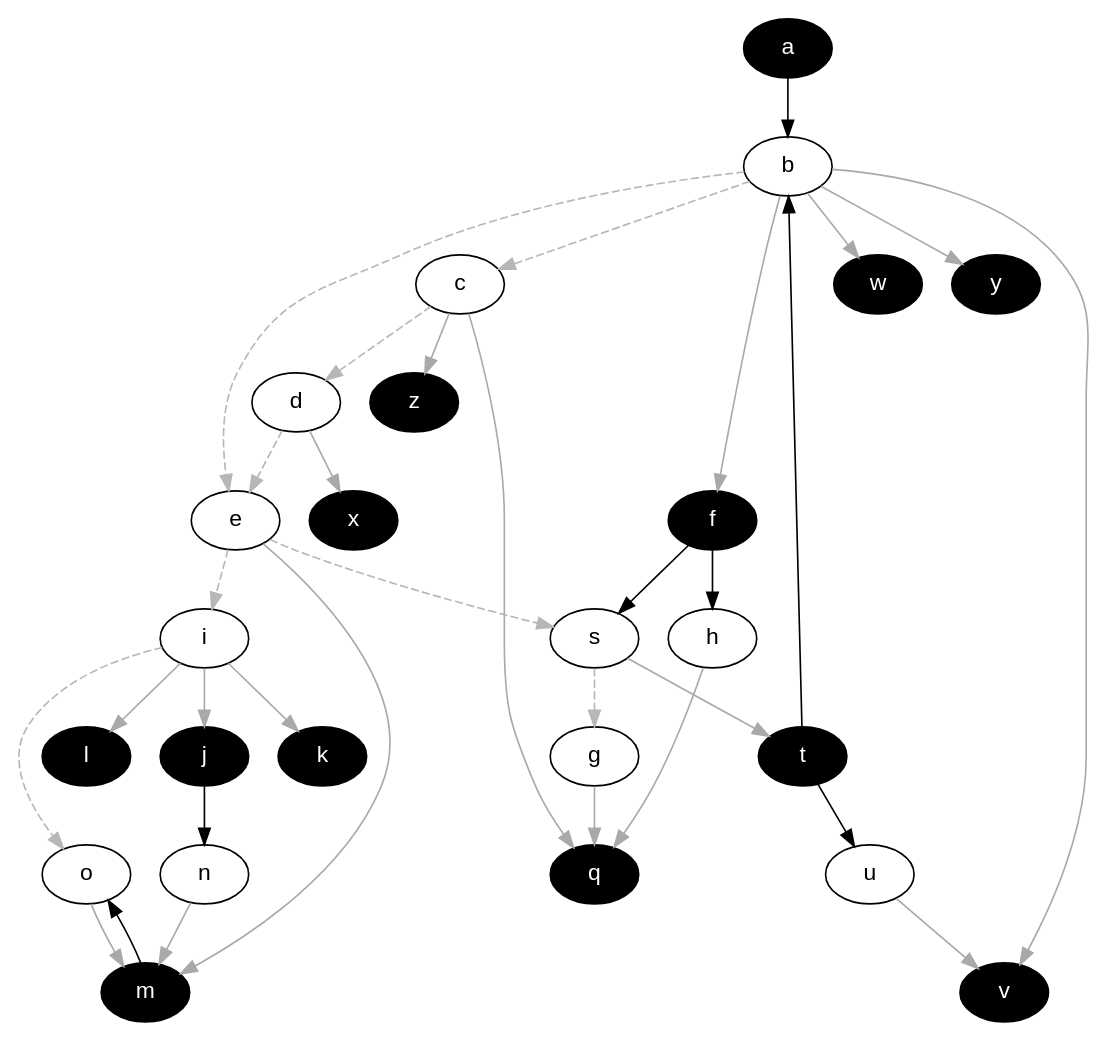
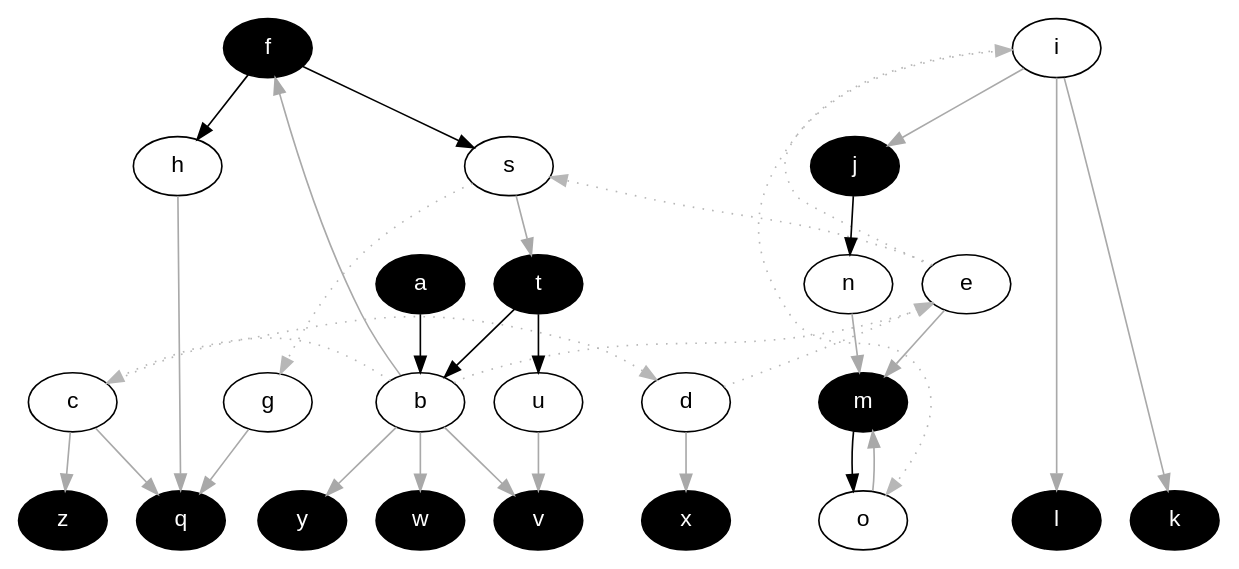
Before and after one commit to idaks/Games-and-Argumentation: the diagram in IDCC-2024/graphs/kernel_pw1_graph_colored.dot, drawn with Graphviz. The commit also changed 18 other files, not shown here.

```diff
--- a/IDCC-2024/graphs/kernel_pw1_graph_colored.dot
+++ b/IDCC-2024/graphs/kernel_pw1_graph_colored.dot
@@ -1,40 +1,44 @@
 digraph G {
+  rankdir="TB"
   node [shape=oval style=filled fontname=Helvetica fontsize=14]
-  node [fillcolor="#ffffff" fontcolor="#000000"] b c d e s g h i o n u;
-  node [fillcolor="#000000" fontcolor="#ffffff"] a t f j k l m q v w x y z;
-  edge [dir=forward, color="#000000", style="solid"]
-        "a" -> "b";
-        "t" -> "b";
-        "f" -> "h";
-        "j" -> "n";
-        "m" -> "o";
-        "f" -> "s";
-        "t" -> "u";
-  edge [dir=forward, color="#b7b7b7", style="dashed"]
-        "b" -> "c";
-        "c" -> "d";
-        "b" -> "e";
-        "d" -> "e";
-        "s" -> "g";
-        "e" -> "i";
-        "i" -> "o";
-        "e" -> "s";
-  edge [dir=forward, color="#A9A9A9", style="solid"]
-        "b" -> "f";
-        "i" -> "j";
-        "i" -> "k";
-        "i" -> "l";
-        "e" -> "m";
-        "o" -> "m";
-        "n" -> "m";
-        "g" -> "q";
-        "h" -> "q";
-        "c" -> "q";
-        "s" -> "t";
-        "b" -> "v";
-        "u" -> "v";
-        "b" -> "w";
-        "d" -> "x";
-        "b" -> "y";
-        "c" -> "z";
+  node [fillcolor="#ffffff" fontcolor="#000000"] b c d e s g h i o n u
+  node [fillcolor="#000000" fontcolor="#ffffff"] a t f j k l m q v w x y z
+  edge [dir=forward color="#000000" style="solid"]
+        "a" -> "b" 
+        "t" -> "b" 
+        "f" -> "h" 
+        "j" -> "n" 
+        "m" -> "o" 
+        "f" -> "s" 
+        "t" -> "u" 
+  edge [dir=forward color="#A9A9A9" style="solid"]
+        "b" -> "f" 
+        "i" -> "j" 
+        "i" -> "k" 
+        "i" -> "l" 
+        "e" -> "m" 
+        "o" -> "m" 
+        "n" -> "m" 
+        "g" -> "q" 
+        "h" -> "q" 
+        "c" -> "q" 
+        "s" -> "t" 
+        "b" -> "v" 
+        "u" -> "v" 
+        "b" -> "w" 
+        "d" -> "x" 
+        "b" -> "y" 
+        "c" -> "z" 
+  edge [dir=forward color="#b7b7b7" style="dotted" constraint=false]
+        "b" -> "c" 
+        "c" -> "d" 
+        "b" -> "e" 
+        "d" -> "e" 
+        "s" -> "g" 
+        "e" -> "i" 
+        "i" -> "o" 
+        "e" -> "s" 
+
+  {rank = max k l q v w x y z}
+  {rank = min f}
 }
```
